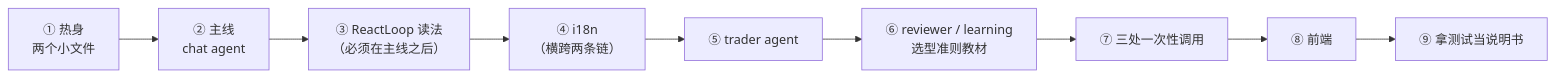
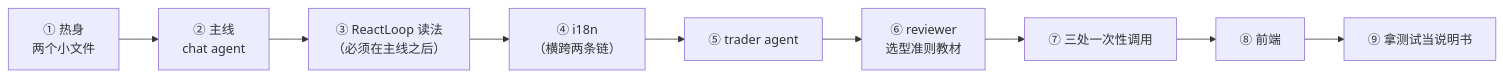
One commit to Smith-106/wtfibought changed the diagram in docs/agent-harness/tutorial.md. Above: the diagram before and after it, drawn with Mermaid. The commit also changed other lines of this file and 69 other files, not shown here.

````diff
--- a/docs/agent-harness/tutorial.md
+++ b/docs/agent-harness/tutorial.md
@@ -34,11 +33,11 @@
 ```mermaid
 flowchart LR
     W["① 热身<br/>两个小文件"] --> C["② 主线<br/>chat agent"]
     C --> T["③ ReactLoop 读法<br/>（必须在主线之后）"]
     T --> I["④ i18n<br/>（横跨两条链）"]
     I --> TR["⑤ trader agent"]
-    TR --> L["⑥ reviewer / learning<br/>选型准则教材"]
+    TR --> L["⑥ reviewer<br/>选型准则教材"]
     L --> ONE["⑦ 三处一次性调用"]
     ONE --> FE["⑧ 前端"]
     FE --> TEST["⑨ 拿测试当说明书"]
 ```
````
